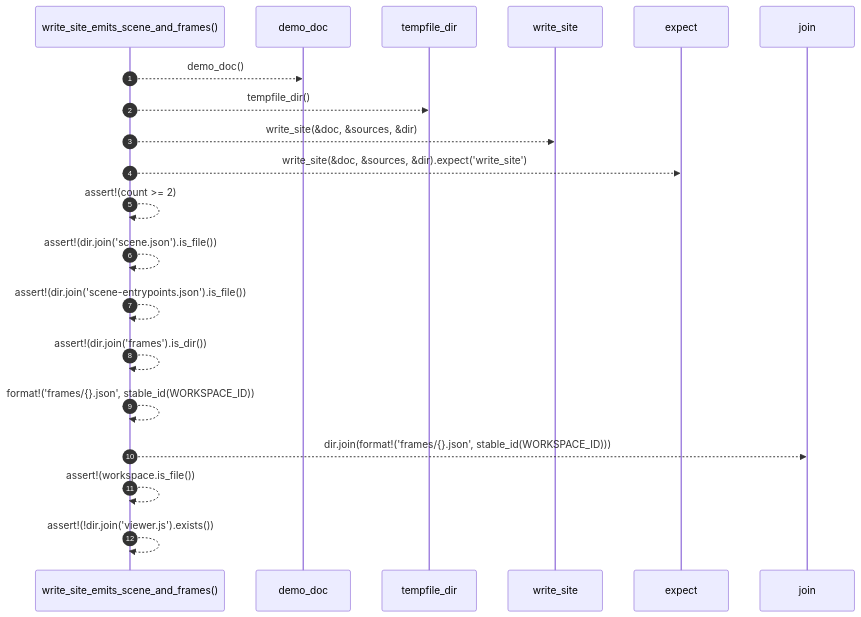
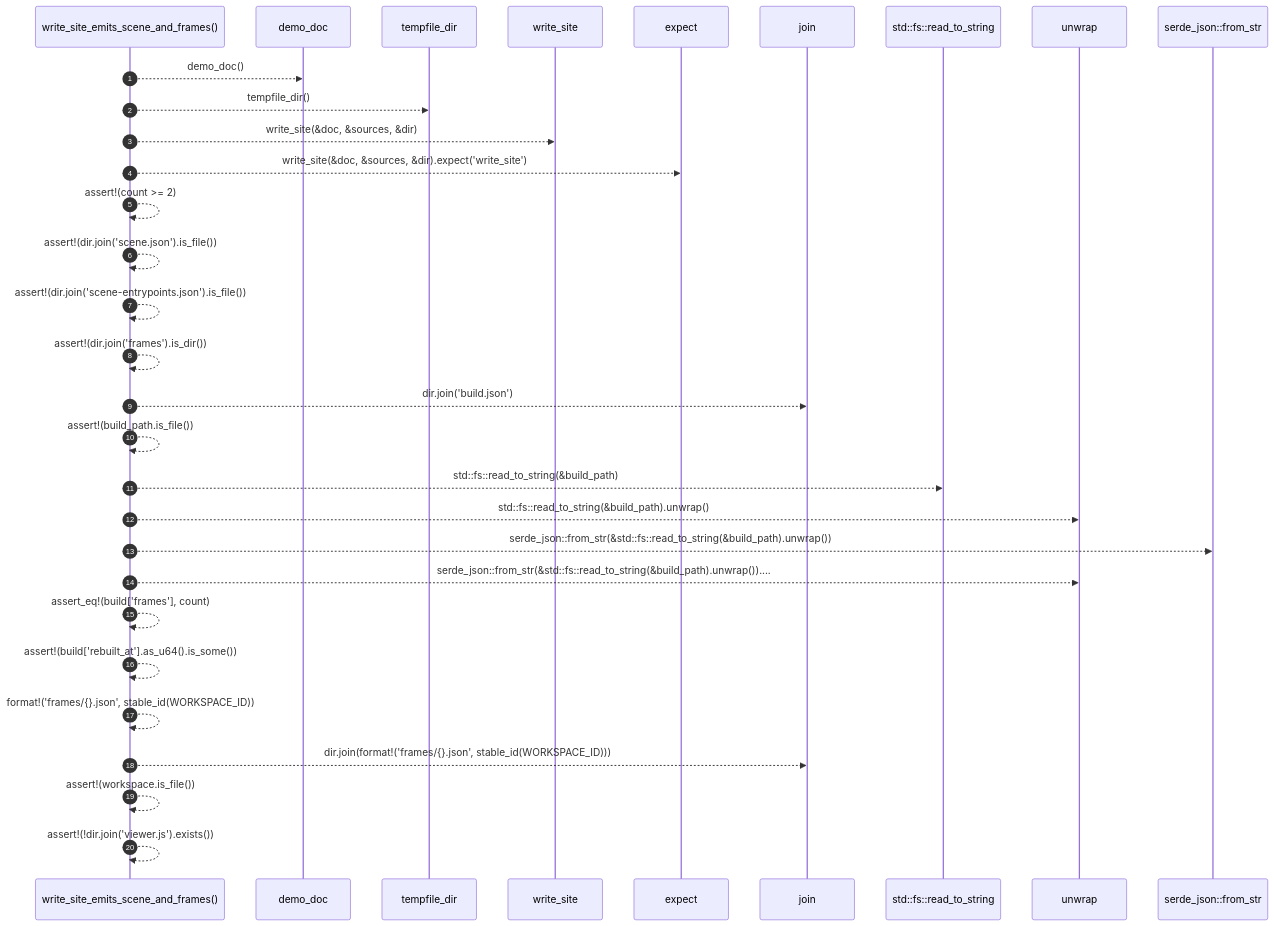
The diagram in .robby/diagrams/seq-rust-robby-render-test-web-write-site-emits-scene-and-frames.mmd (RyanGuild/self-describing-code), drawn with Mermaid before and after one commit. The commit also changed 83 other files, not shown here.

```diff
--- a/.robby/diagrams/seq-rust-robby-render-test-web-write-site-emits-scene-and-frames.mmd
+++ b/.robby/diagrams/seq-rust-robby-render-test-web-write-site-emits-scene-and-frames.mmd
@@ -1,20 +1,31 @@
 sequenceDiagram
     autonumber
     participant write_site_emits_scene_and_frames as write_site_emits_scene_and_frames()
     participant demo_doc as demo_doc
     participant tempfile_dir as tempfile_dir
     participant write_site as write_site
     participant expect as expect
     participant join as join
+    participant std__fs__read_to_string as std::fs::read_to_string
+    participant unwrap as unwrap
+    participant serde_json__from_str as serde_json::from_str
     write_site_emits_scene_and_frames-->>demo_doc: demo_doc()
     write_site_emits_scene_and_frames-->>tempfile_dir: tempfile_dir()
     write_site_emits_scene_and_frames-->>write_site: write_site(&doc, &sources, &dir)
     write_site_emits_scene_and_frames-->>expect: write_site(&doc, &sources, &dir).expect('write_site')
     write_site_emits_scene_and_frames-->>write_site_emits_scene_and_frames: assert!(count >= 2)
     write_site_emits_scene_and_frames-->>write_site_emits_scene_and_frames: assert!(dir.join('scene.json').is_file())
     write_site_emits_scene_and_frames-->>write_site_emits_scene_and_frames: assert!(dir.join('scene-entrypoints.json').is_file())
     write_site_emits_scene_and_frames-->>write_site_emits_scene_and_frames: assert!(dir.join('frames').is_dir())
+    write_site_emits_scene_and_frames-->>join: dir.join('build.json')
+    write_site_emits_scene_and_frames-->>write_site_emits_scene_and_frames: assert!(build_path.is_file())
+    write_site_emits_scene_and_frames-->>std__fs__read_to_string: std::fs::read_to_string(&build_path)
+    write_site_emits_scene_and_frames-->>unwrap: std::fs::read_to_string(&build_path).unwrap()
+    write_site_emits_scene_and_frames-->>serde_json__from_str: serde_json::from_str(&std::fs::read_to_string(&build_path).unwrap())
+    write_site_emits_scene_and_frames-->>unwrap: serde_json::from_str(&std::fs::read_to_string(&build_path).unwrap())....
+    write_site_emits_scene_and_frames-->>write_site_emits_scene_and_frames: assert_eq!(build['frames'], count)
+    write_site_emits_scene_and_frames-->>write_site_emits_scene_and_frames: assert!(build['rebuilt_at'].as_u64().is_some())
     write_site_emits_scene_and_frames-->>write_site_emits_scene_and_frames: format!('frames/{}.json', stable_id(WORKSPACE_ID))
     write_site_emits_scene_and_frames-->>join: dir.join(format!('frames/{}.json', stable_id(WORKSPACE_ID)))
     write_site_emits_scene_and_frames-->>write_site_emits_scene_and_frames: assert!(workspace.is_file())
     write_site_emits_scene_and_frames-->>write_site_emits_scene_and_frames: assert!(!dir.join('viewer.js').exists())
```
